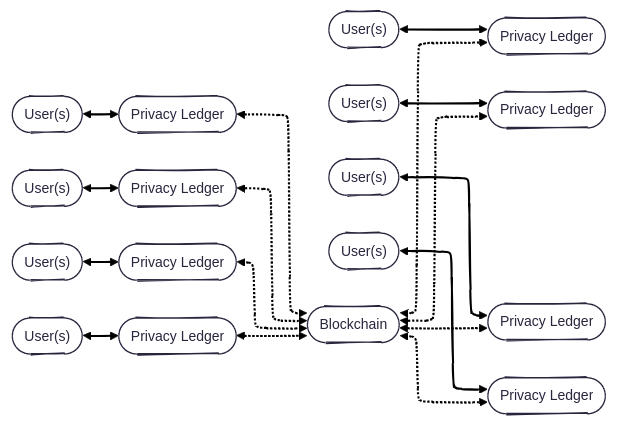
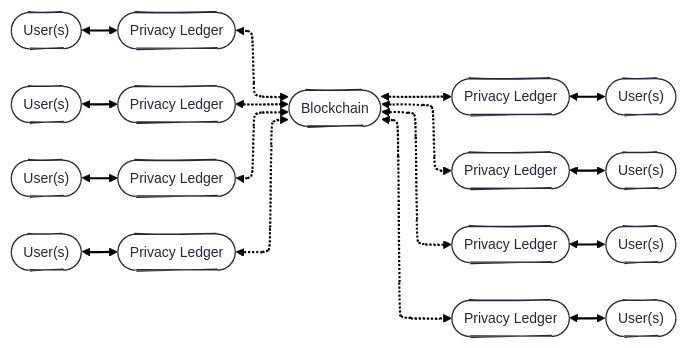
Before and after one commit to raylsnetwork/Enygma: the first of 2 diagrams in enygma_payments/README.md, drawn with Mermaid.

Commit message:
Rearrange mapping for UE, UF, UG, UH

````diff
--- a/enygma_payments/README.md
+++ b/enygma_payments/README.md
@@ -5,39 +5,40 @@
 ```mermaid
 ---
 config:
   theme: redux
   layout: elk
   look: handDrawn
 ---
 flowchart LR
     UA(["User(s)"])
     UB(["User(s)"])
     UC(["User(s)"])
     UD(["User(s)"])
     UE(["User(s)"])
     UF(["User(s)"])
     UG(["User(s)"])
     UH(["User(s)"])
 
     PLA(["Privacy Ledger"])
     PLB(["Privacy Ledger"])
     PLC(["Privacy Ledger"])
     PLD(["Privacy Ledger"])
 
     B(["Blockchain"])
     PLE(["Privacy Ledger"])
     PLF(["Privacy Ledger"])
     PLG(["Privacy Ledger"])
     PLH(["Privacy Ledger"])
 
     PLA & PLB & PLC & PLD <-.-> B <-.-> PLE & PLF & PLG & PLH
 
     UA <--> PLA
     UB <--> PLB
     UC <--> PLC
     UD <--> PLD
-    UE <--> PLE
-    UF <--> PLF
-    UG <--> PLG
-    UH <--> PLH
+
+    PLE <--> UE
+    PLF <--> UF
+    PLG <--> UG
+    PLH <--> UH
 ```
````
